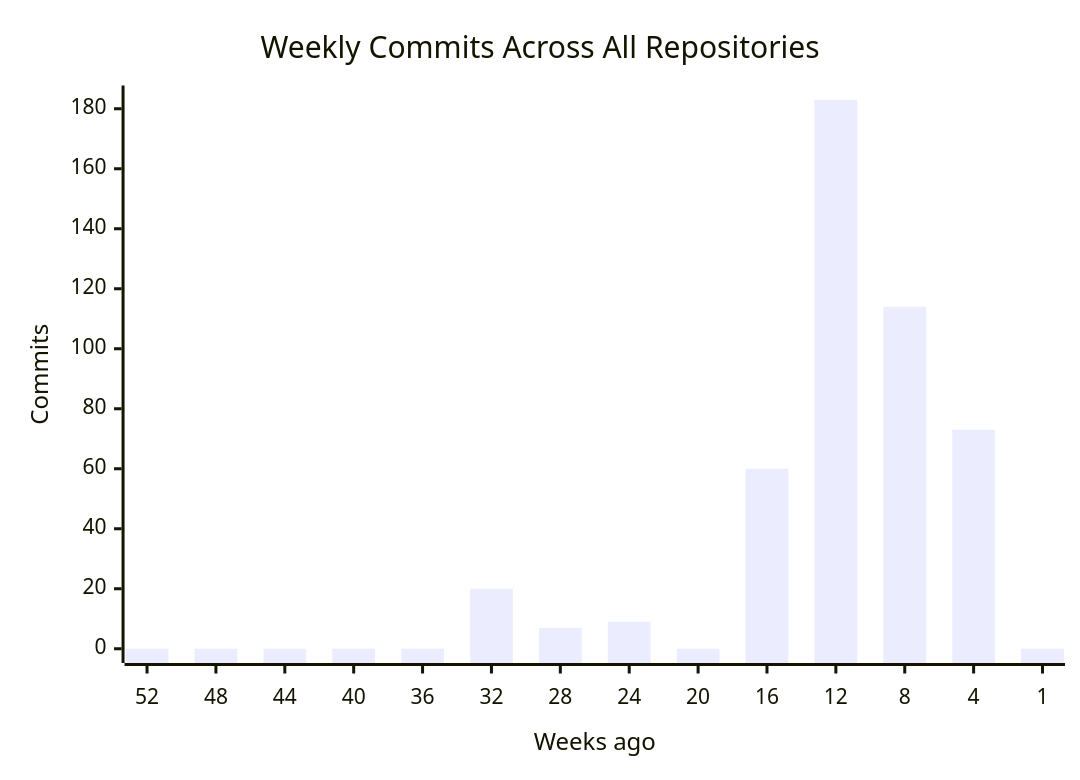
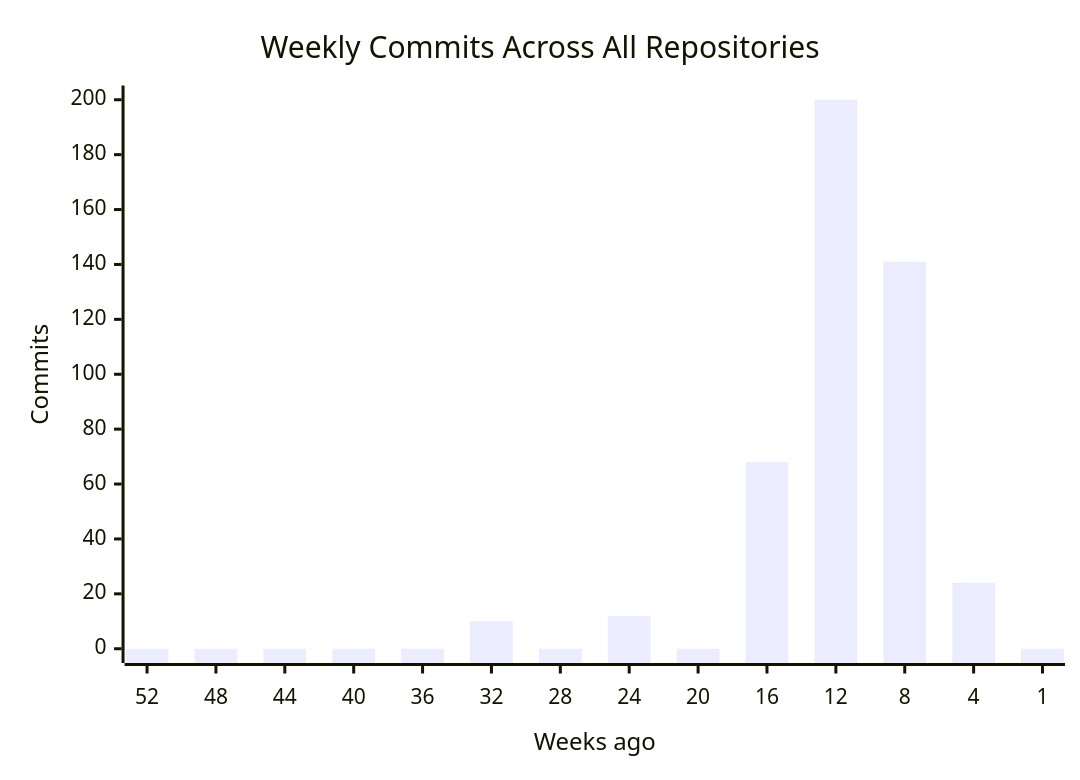
Before and after one commit to CSTH-Projects/.github: the first of 4 diagrams in profile/README.md, drawn with Mermaid. The commit also changed other lines of this file, not shown here.

````diff
--- a/profile/README.md
+++ b/profile/README.md
@@ -16,7 +16,7 @@
 ```mermaid
 xychart-beta
     title "Weekly Commits Across All Repositories"
     x-axis "Weeks ago" [52, 48, 44, 40, 36, 32, 28, 24, 20, 16, 12, 8, 4, 1]
     y-axis "Commits"
-    bar [0, 0, 0, 0, 0, 20, 7, 9, 0, 60, 183, 114, 73, 0]
+    bar [0, 0, 0, 0, 0, 10, 0, 12, 0, 68, 200, 141, 24, 0]
 ```
````
